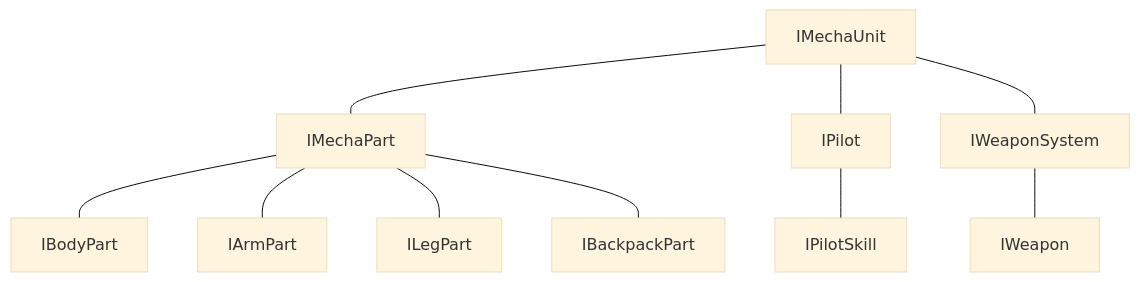
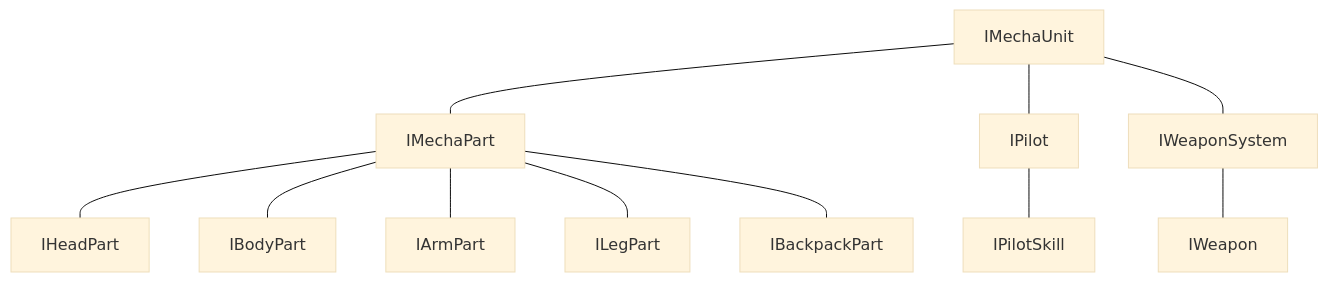
The fourth of 4 diagrams in docs/architecture.md (wooson00308/project-fm), drawn with Mermaid (base theme) before and after one commit. The commit also changed other lines of this file and 41 other files, not shown here.

````diff
--- a/docs/architecture.md
+++ b/docs/architecture.md
@@ -267,12 +268,13 @@
 ```mermaid
 graph TD
     IMechaUnit --- IMechaPart
     IMechaUnit --- IPilot
     IMechaUnit --- IWeaponSystem
+    IMechaPart --- IHeadPart
     IMechaPart --- IBodyPart
     IMechaPart --- IArmPart
     IMechaPart --- ILegPart
     IMechaPart --- IBackpackPart
     IPilot --- IPilotSkill
     IWeaponSystem --- IWeapon
 ```
````
